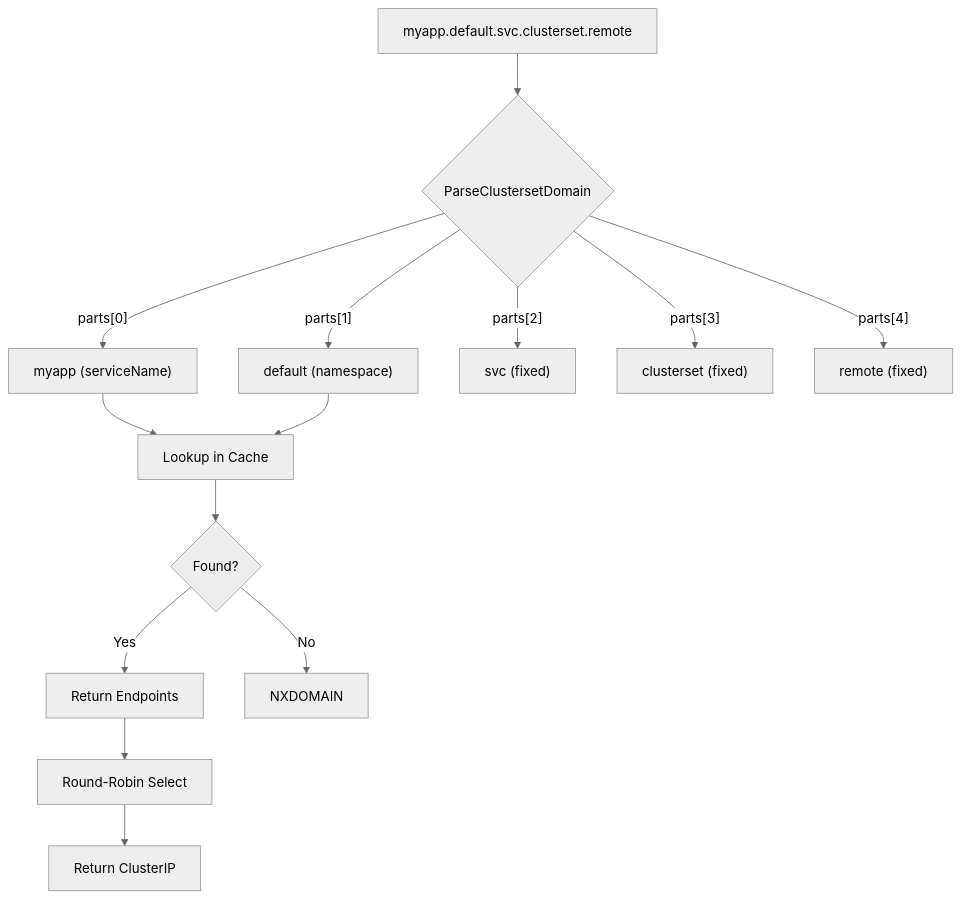
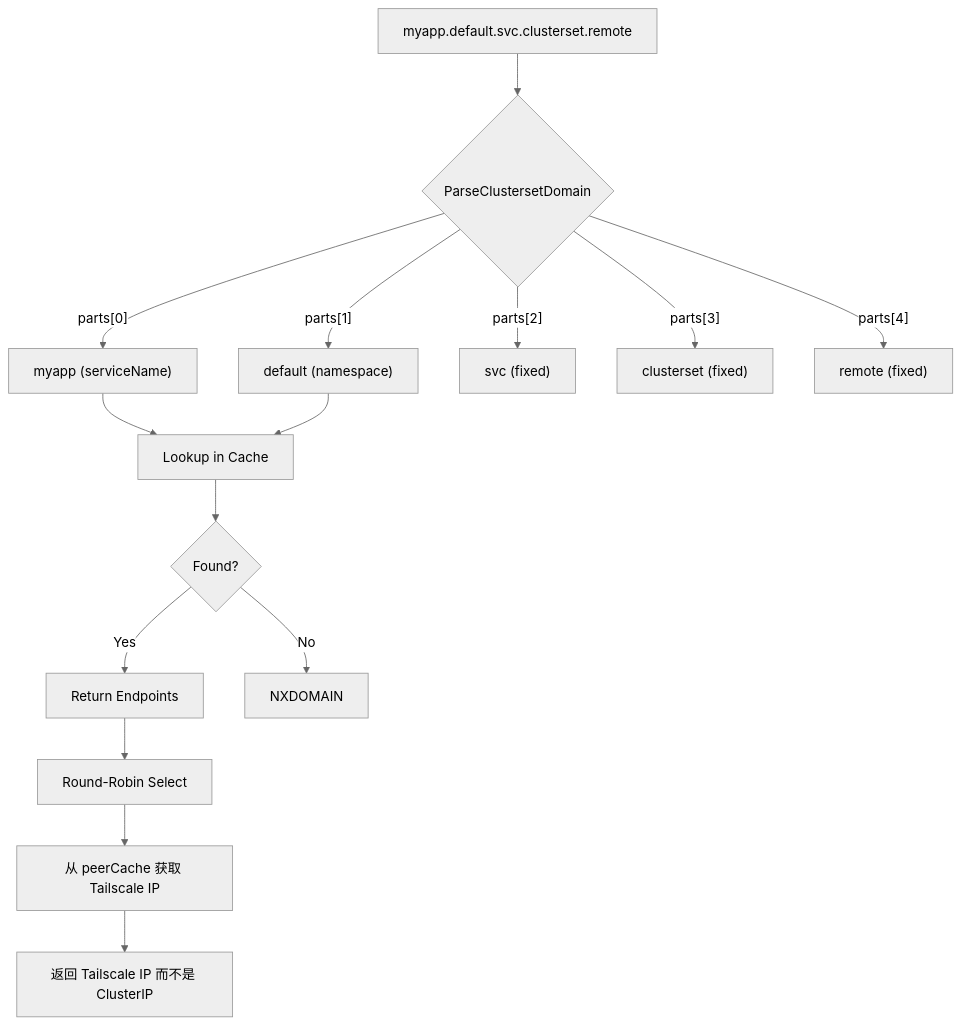
The fifth of 5 diagrams in README.md (wold9168/k8s-cross-cluster), drawn with Mermaid (neutral theme) before and after one commit. The commit also changed other lines of this file, not shown here.

````diff
--- a/README.md
+++ b/README.md
@@ -201,18 +224,19 @@
 ```mermaid
 graph TB
     A["myapp.default.svc.clusterset.remote"] --> B{ParseClustersetDomain}
     B -->|"parts[0]"| C["myapp (serviceName)"]
     B -->|"parts[1]"| D["default (namespace)"]
     B -->|"parts[2]"| E["svc (fixed)"]
     B -->|"parts[3]"| F["clusterset (fixed)"]
     B -->|"parts[4]"| G["remote (fixed)"]
     
     C --> H[Lookup in Cache]
     D --> H
     H --> I{Found?}
     I -->|"Yes"| J[Return Endpoints]
     I -->|"No"| K[NXDOMAIN]
     
     J --> L[Round-Robin Select]
-    L --> M[Return ClusterIP]
+    L --> M[从 peerCache 获取 Tailscale IP]
+    M --> N[返回 Tailscale IP 而不是 ClusterIP]
 ```
````
